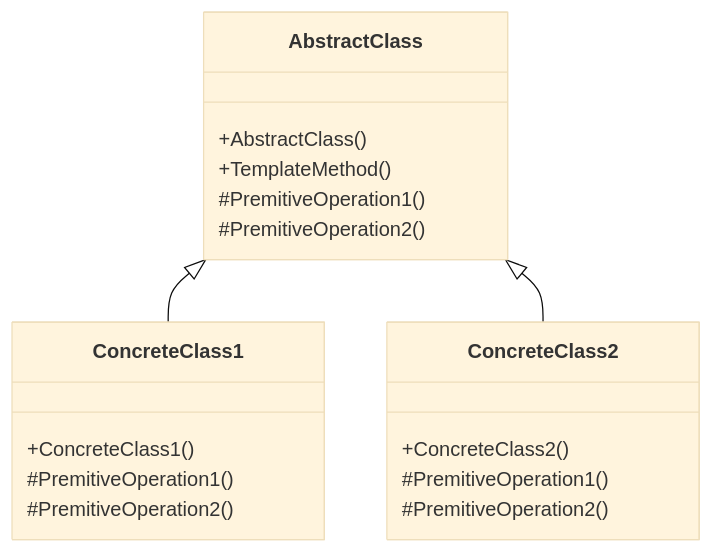
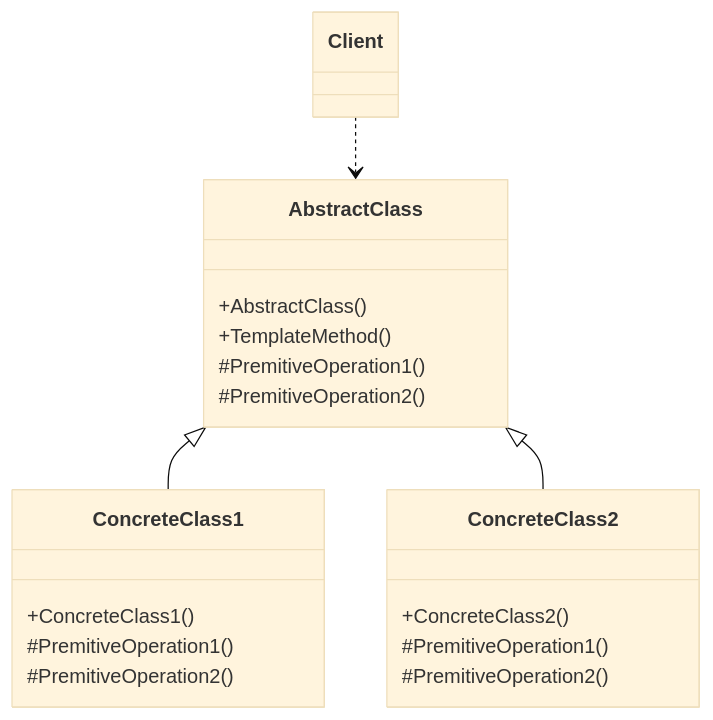
One commit to thunderstormwang/CodingNote changed the diagram in design_pattern/template.md. Above: the diagram before and after it, drawn with Mermaid (base theme). The commit also changed other lines of this file and 7 other files, not shown here.

````diff
--- a/design_pattern/template.md
+++ b/design_pattern/template.md
@@ -7,24 +8,26 @@
 ```mermaid
 classDiagram
+class Client
 class AbstractClass {
     +AbstractClass()
     +TemplateMethod()
     #PremitiveOperation1()
     #PremitiveOperation2()
 }
 
 class ConcreteClass1 {
     +ConcreteClass1()
     #PremitiveOperation1()
     #PremitiveOperation2()
 }
 
 class ConcreteClass2 {
     +ConcreteClass2()
     #PremitiveOperation1()
     #PremitiveOperation2()
 }
 
+Client ..> AbstractClass
 AbstractClass <|-- ConcreteClass1
 AbstractClass <|-- ConcreteClass2
 ```
````
